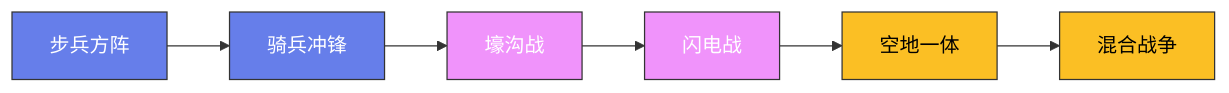
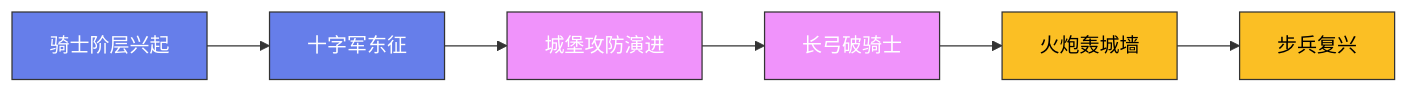
One commit to Fengur/Fengur.github.io changed the diagram in content/posts/ModelCreate/军事史/04-中世纪骑士与城堡.md. Above: the diagram before and after it, drawn with Mermaid. The commit also changed other lines of this file and 118 other files, not shown here.

````diff
--- a/content/posts/ModelCreate/军事史/04-中世纪骑士与城堡.md
+++ b/content/posts/ModelCreate/军事史/04-中世纪骑士与城堡.md
@@ -41,16 +39,16 @@
 ```mermaid
 graph LR
-    A["步兵方阵"] --> B["骑兵冲锋"]
-    B --> C["壕沟战"]
-    C --> D["闪电战"]
-    D --> E["空地一体"]
-    E --> F["混合战争"]
+    A["骑士阶层兴起"] --> B["十字军东征"]
+    B --> C["城堡攻防演进"]
+    C --> D["长弓破骑士"]
+    D --> E["火炮轰城墙"]
+    E --> F["步兵复兴"]
 
     classDef early fill:#667eea,stroke:#333,color:white
     classDef mid fill:#f093fb,stroke:#333,color:white
     classDef modern fill:#fbbf24,stroke:#333,color:black
 
     class A,B early
     class C,D mid
     class E,F modern
 ```
````
